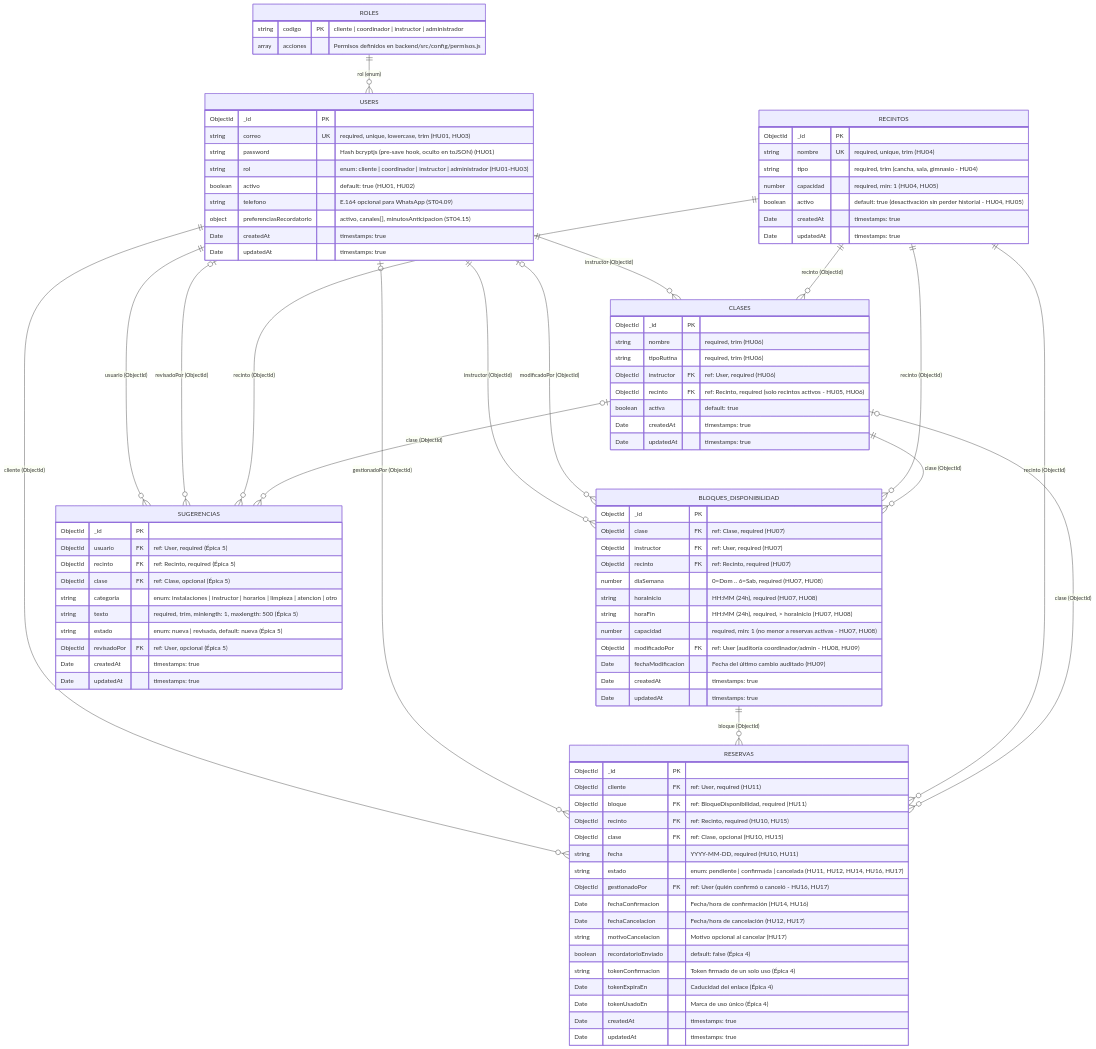
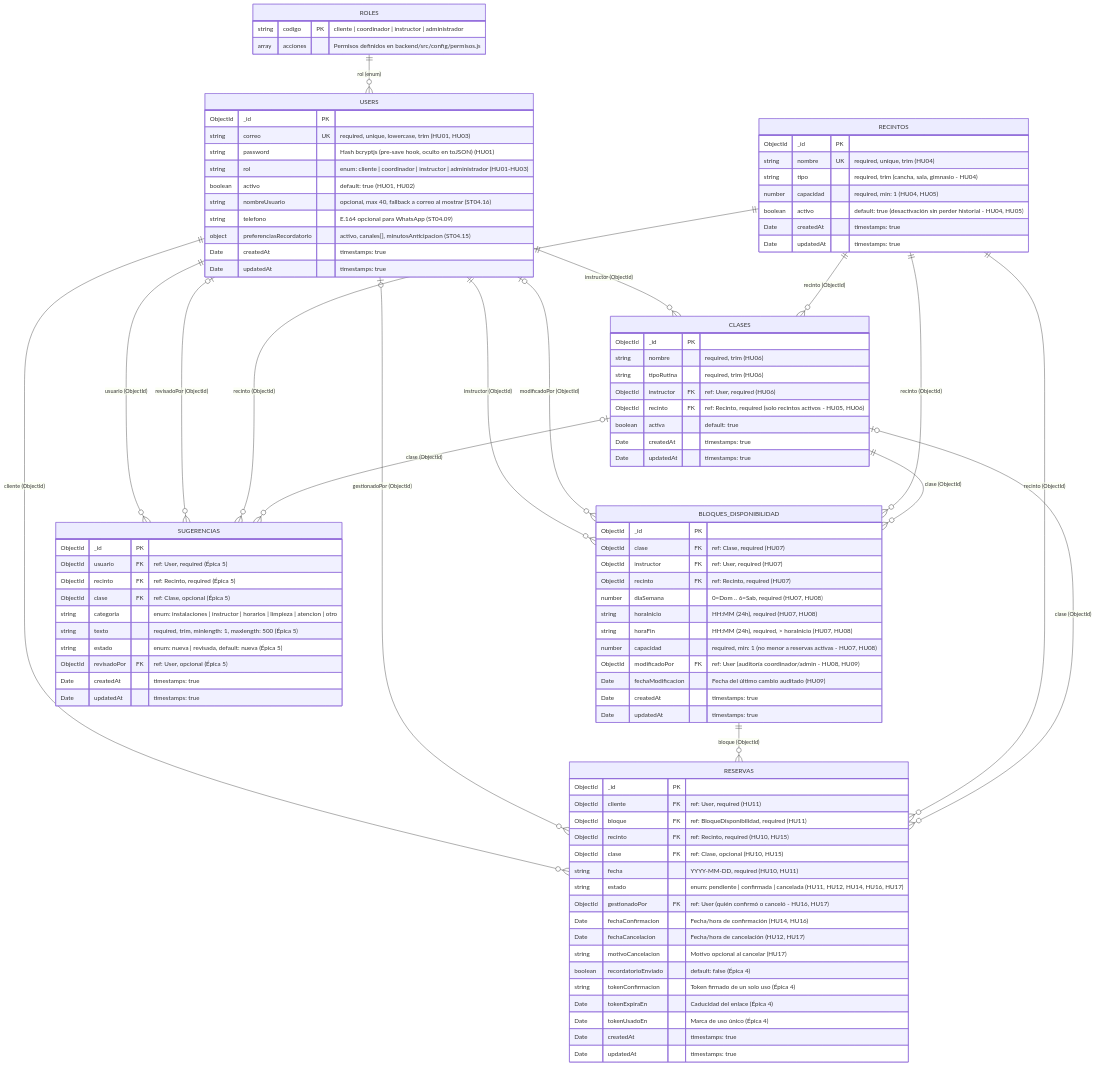
The second of 2 diagrams in docs/modelo_entidad_relacion.md (jlconcepcion/Grupo1_4taCohorte_DesarrolloDeSoftware), drawn with Mermaid before and after one commit. The commit also changed other lines of this file and 23 other files, not shown here.

Commit message:
feat(ST04.16): agregar nombre de usuario opcional y editable

```diff
--- a/docs/modelo_entidad_relacion.md
+++ b/docs/modelo_entidad_relacion.md
@@ -63,6 +63,7 @@
         string password "Hash bcryptjs (pre-save hook, oculto en toJSON) (HU01)"
         string rol "enum: cliente | coordinador | instructor | administrador (HU01-HU03)"
         boolean activo "default: true (HU01, HU02)"
+        string nombreUsuario "opcional, max 40, fallback a correo al mostrar (ST04.16)"
         string telefono "E.164 opcional para WhatsApp (ST04.09)"
         object preferenciasRecordatorio "activo, canales[], minutosAnticipacion (ST04.15)"
         Date createdAt "timestamps: true"
```
